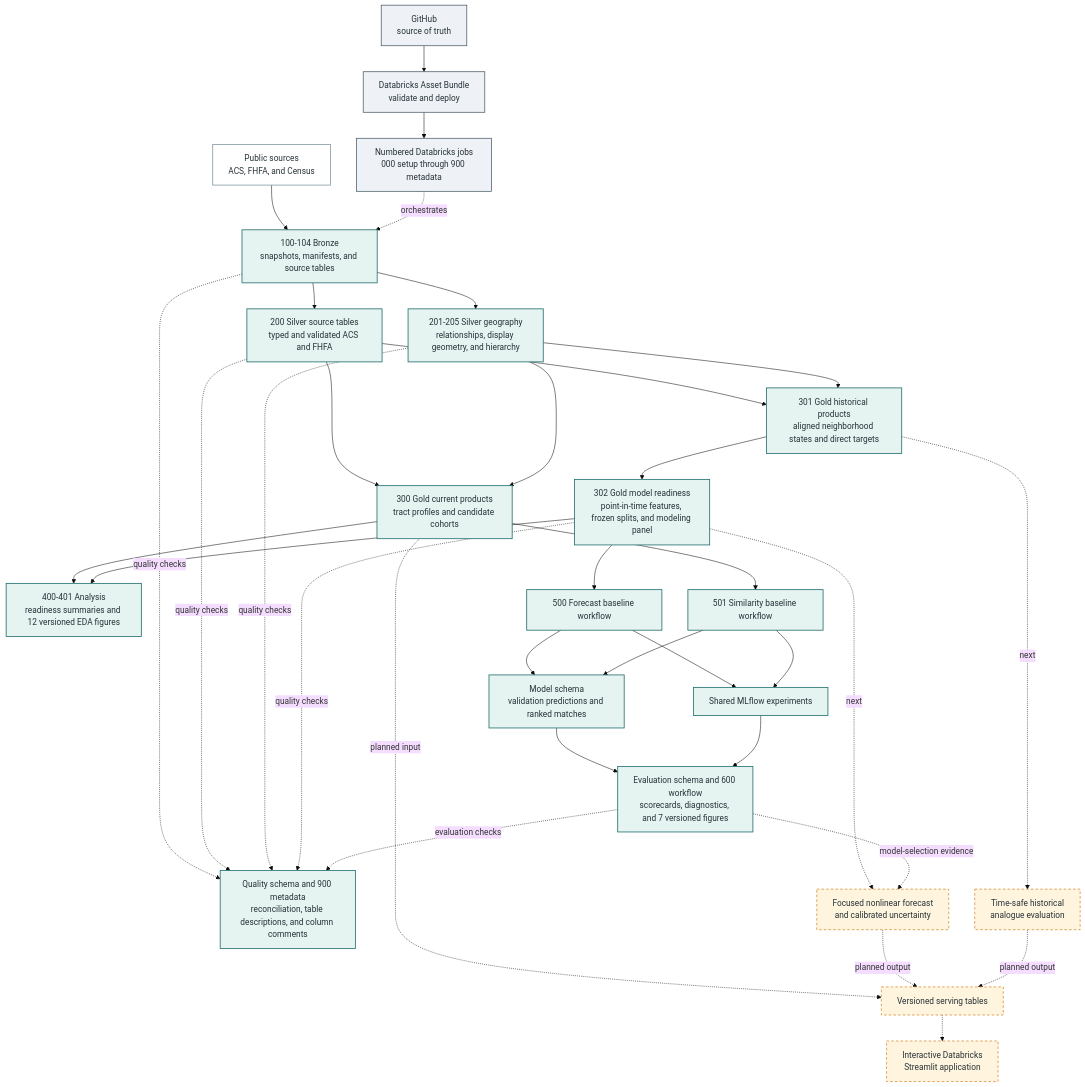
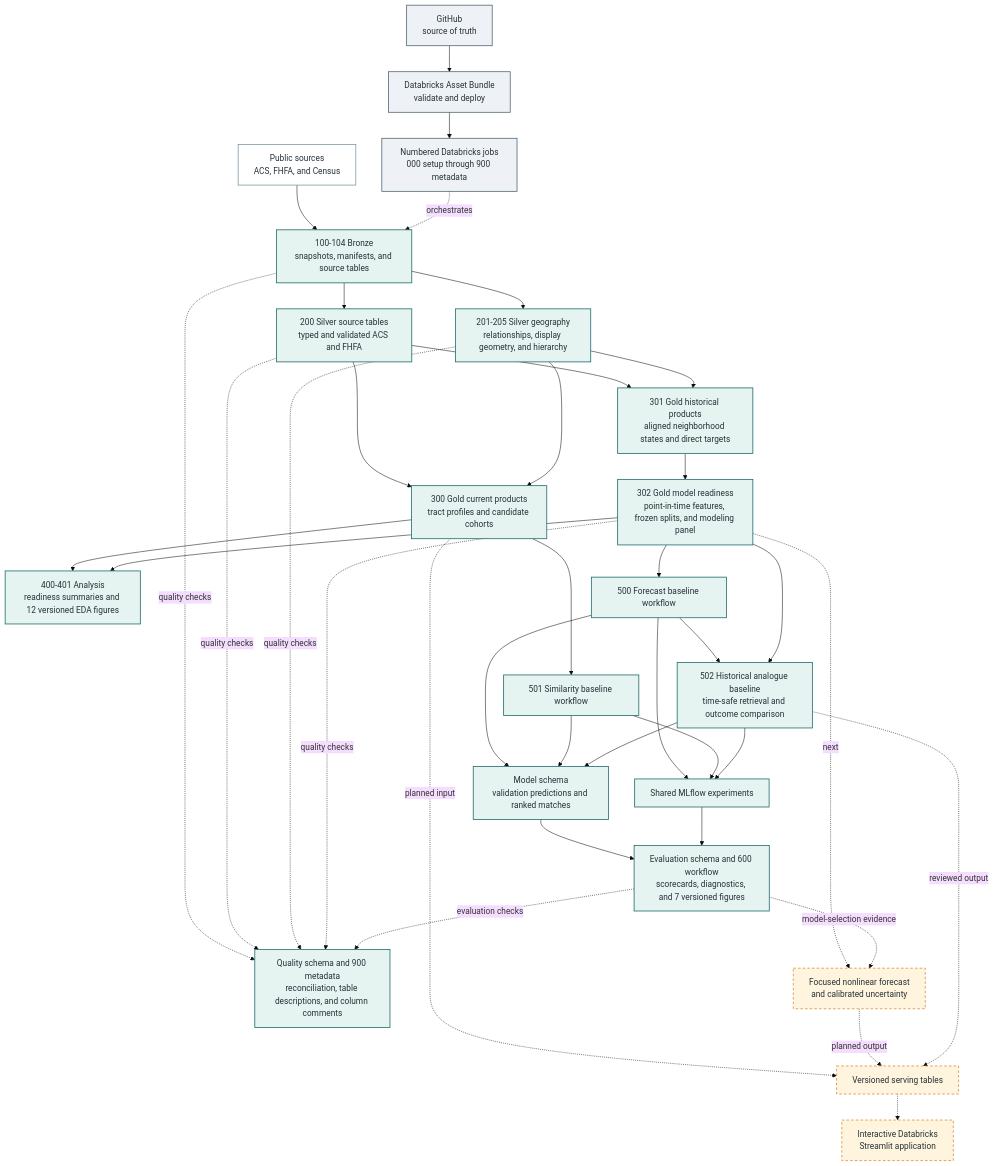
Before and after one commit to n-tamm/neighborhood-digital-twin: the diagram in README.md, drawn with Mermaid (base theme). The commit also changed other lines of this file and 5 other files, not shown here.

Commit message:
Recorded historical analogue results and next decisions

````diff
--- a/README.md
+++ b/README.md
@@ -41,52 +41,55 @@
 ```mermaid
 flowchart TB
     GIT["GitHub<br/>source of truth"] --> DAB["Databricks Asset Bundle<br/>validate and deploy"]
     DAB --> JOBS["Numbered Databricks jobs<br/>000 setup through 900 metadata"]
 
     SRC["Public sources<br/>ACS, FHFA, and Census"] --> B["100-104 Bronze<br/>snapshots, manifests, and source tables"]
     JOBS -.->|orchestrates| B
 
     B --> SS["200 Silver source tables<br/>typed and validated ACS and FHFA"]
     B --> SG["201-205 Silver geography<br/>relationships, display geometry, and hierarchy"]
 
     SS --> GC["300 Gold current products<br/>tract profiles and candidate cohorts"]
     SG --> GC
     SS --> GH["301 Gold historical products<br/>aligned neighborhood states and direct targets"]
     SG --> GH
     GH --> GR["302 Gold model readiness<br/>point-in-time features, frozen splits, and modeling panel"]
 
     GC --> EDA["400-401 Analysis<br/>readiness summaries and 12 versioned EDA figures"]
     GR --> EDA
 
     GR --> FM["500 Forecast baseline workflow"]
     GC --> SM["501 Similarity baseline workflow"]
+    FM --> HA["502 Historical analogue baseline<br/>time-safe retrieval and outcome comparison"]
+    GR --> HA
     FM --> MO["Model schema<br/>validation predictions and ranked matches"]
     SM --> MO
+    HA --> MO
     FM --> MLF["Shared MLflow experiments"]
     SM --> MLF
+    HA --> MLF
     MO --> EV["Evaluation schema and 600 workflow<br/>scorecards, diagnostics, and 7 versioned figures"]
     MLF --> EV
 
     B -.->|quality checks| QM["Quality schema and 900 metadata<br/>reconciliation, table descriptions, and column comments"]
     SS -.->|quality checks| QM
     SG -.->|quality checks| QM
     GR -.->|quality checks| QM
     EV -.->|evaluation checks| QM
 
     GR -.->|next| NF["Focused nonlinear forecast<br/>and calibrated uncertainty"]
-    GH -.->|next| NA["Time-safe historical<br/>analogue evaluation"]
     EV -.->|model-selection evidence| NF
     GC -.->|planned input| SV["Versioned serving tables"]
     NF -.->|planned output| SV
-    NA -.->|planned output| SV
+    HA -.->|reviewed output| SV
     SV -.-> APP["Interactive Databricks<br/>Streamlit application"]
 
     classDef control fill:#EEF2F7,stroke:#455A64,color:#263238,stroke-width:1.4px;
     classDef source fill:#FFFFFF,stroke:#78909C,color:#263238,stroke-width:1.4px;
     classDef implemented fill:#E5F3F1,stroke:#287271,color:#263238,stroke-width:1.6px;
     classDef planned fill:#FFF4DD,stroke:#D99035,color:#263238,stroke-width:1.5px,stroke-dasharray:5 4;
     class GIT,DAB,JOBS control;
     class SRC source;
-    class B,SS,SG,GC,GH,GR,EDA,FM,SM,MO,MLF,EV,QM implemented;
-    class NF,NA,SV,APP planned;
+    class B,SS,SG,GC,GH,GR,EDA,FM,SM,HA,MO,MLF,EV,QM implemented;
+    class NF,SV,APP planned;
 ```
````
